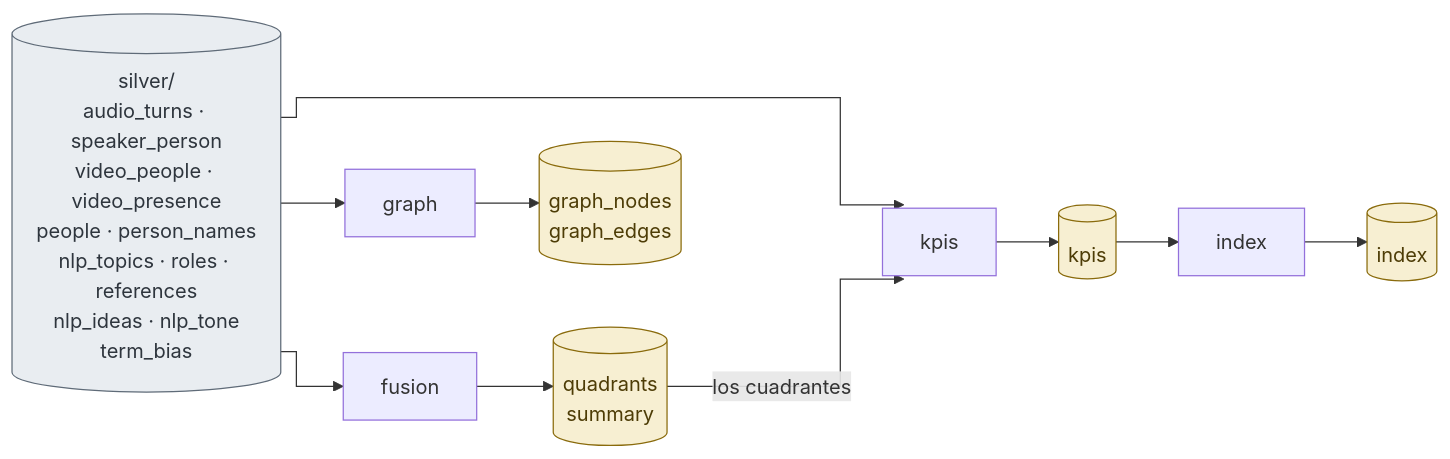
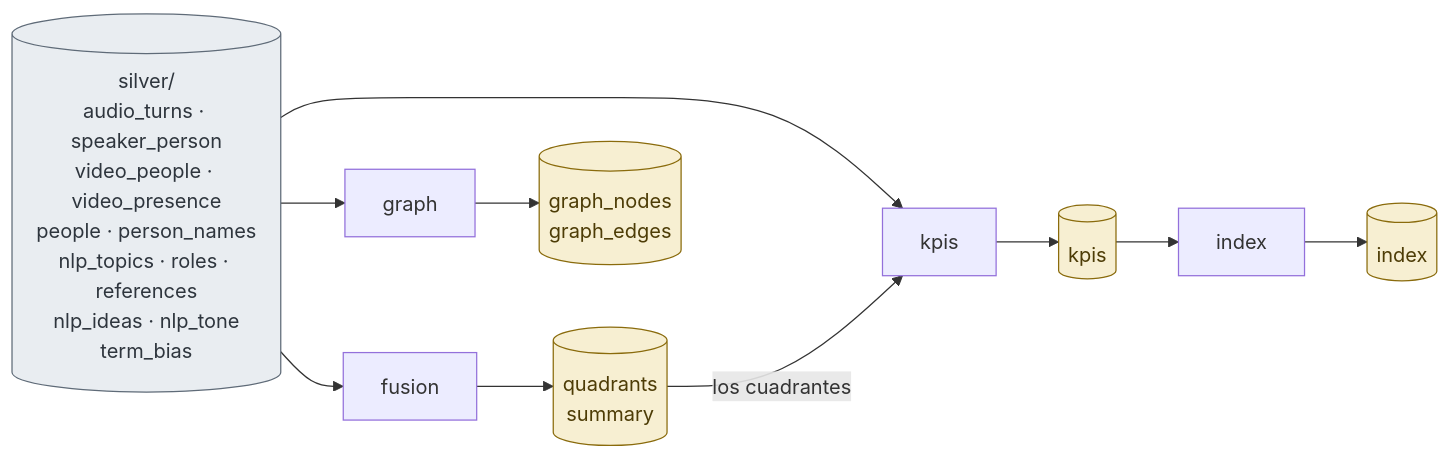
One commit to ComunidadIA-OS/attention-is-all-she-needs changed the third of 3 diagrams in ARCHITECTURE.md. Above: the diagram before and after it, drawn with Mermaid. The commit also changed other lines of this file, not shown here.

Commit message:
docs: correct text architecture

````diff
--- a/ARCHITECTURE.md
+++ b/ARCHITECTURE.md
@@ -168,15 +186,14 @@
 ```mermaid
-%%{init: {"flowchart": {"curve": "step"}}}%%
 flowchart LR
     S[("silver/<br/>audio_turns · speaker_person<br/>video_people · video_presence<br/>people · person_names<br/>nlp_topics · roles · references<br/>nlp_ideas · nlp_tone<br/>term_bias")]
     S --> fusion --> Q[("quadrants<br/>summary")]
     S --> kpis --> K[(kpis)]
     Q -- los cuadrantes --> kpis
     K --> index --> I[(index)]
     S --> GT[graph] --> GR[("graph_nodes<br/>graph_edges")]
     classDef bronze fill:#f6e9dc,stroke:#9a5a22,color:#5a3410
     classDef silver fill:#e9edf1,stroke:#5f6b78,color:#2e353d
     classDef gold fill:#f7efd2,stroke:#8a6b0c,color:#4d3c06
     class S silver
     class Q,K,I,GR gold
 ```
````
